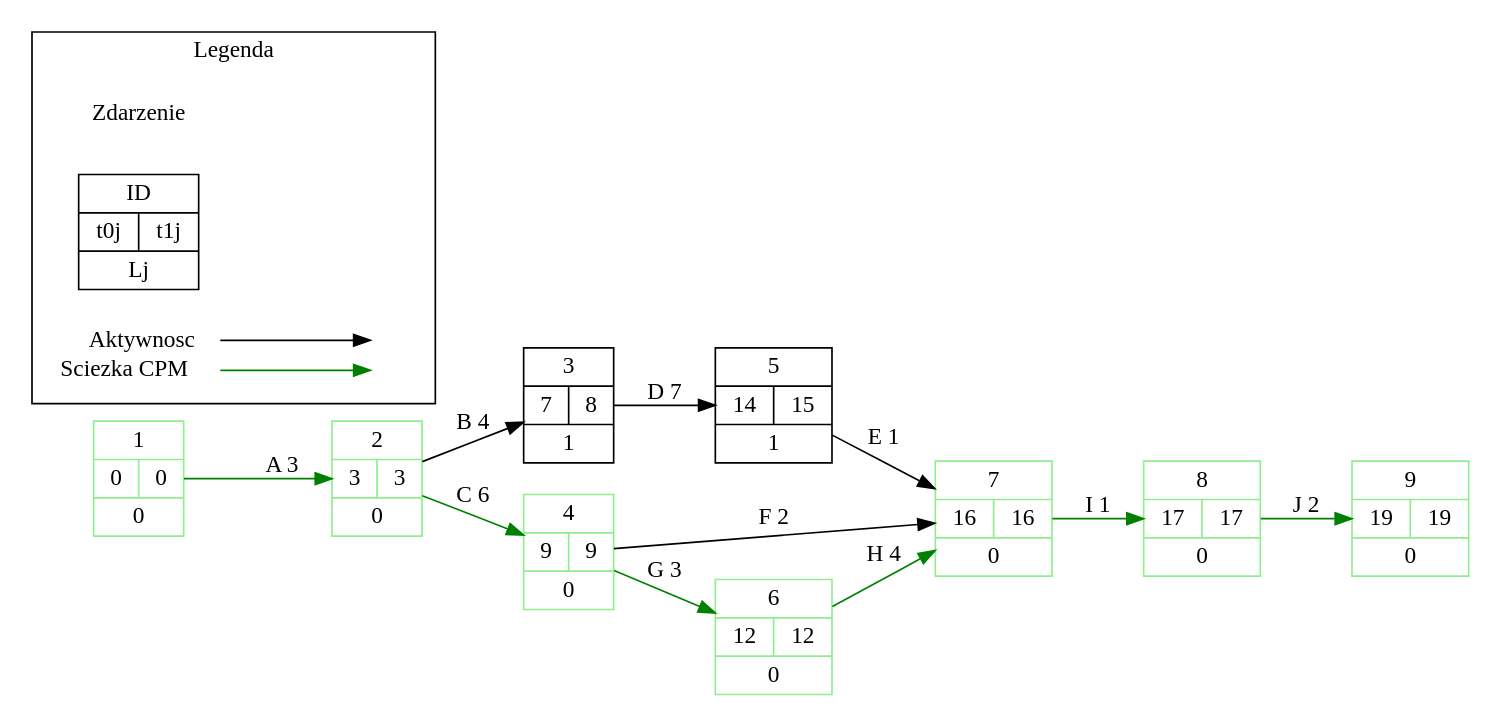
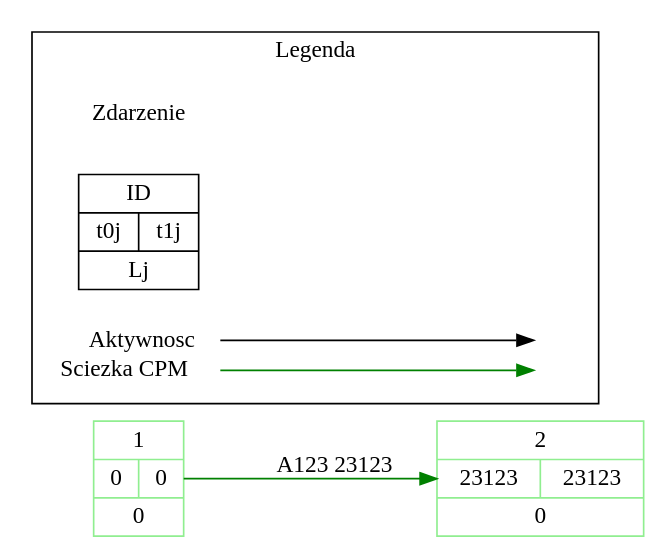
Before and after one commit to damczi17/boil: the diagram in graph.gv, drawn with Graphviz. The commit also changed 2 other files, not shown here.

```diff
--- a/graph.gv
+++ b/graph.gv
@@ -1,32 +1,21 @@
 digraph G { 
 rankdir="LR";
-struct1[shape=record,label="1|{0|0}| 0", color=lightgreen];struct1 -> struct2[color=green, label="A 3"];
-struct2[shape=record,label="2|{3|3}| 0", color=lightgreen];struct2 -> struct3[label="B 4"];
-struct2 -> struct4[color=green, label="C 6"];
-struct3[shape=record,label="3|{7|8}| 1"];
-struct3 -> struct5[label="D 7"];
-struct4[shape=record,label="4|{9|9}| 0", color=lightgreen];struct4 -> struct7[label="F 2"];
-struct4 -> struct6[color=green, label="G 3"];
-struct5[shape=record,label="5|{14|15}| 1"];
-struct5 -> struct7[label="E 1"];
-struct6[shape=record,label="6|{12|12}| 0", color=lightgreen];struct6 -> struct7[color=green, label="H 4"];
-struct7[shape=record,label="7|{16|16}| 0", color=lightgreen];struct7 -> struct8[color=green, label="I 1"];
-struct8[shape=record,label="8|{17|17}| 0", color=lightgreen];struct8 -> struct9[color=green, label="J 2"];
-struct9[shape=record,label="9|{19|19}| 0", color=lightgreen];node [shape=plaintext]
+struct1[shape=record,label="1|{0|0}| 0", color=lightgreen];struct1 -> struct2[color=green, label="A123 23123"];
+struct2[shape=record,label="2|{23123|23123}| 0", color=lightgreen];node [shape=plaintext]
 subgraph cluster_01 { 
 label = "Legenda";
 Zdarzenie
 struct [shape=record,label="ID|{t0j|t1j}| Lj"]
 key [label=<<table border="0" cellpadding="1" cellspacing="0" cellborder="0">
 <tr><td align="right" port="i1">Aktywnosc</td></tr>
 <tr><td align="right" port="i2">Sciezka CPM</td></tr>
 </table>>]key2 [label=<<table border="0" cellpadding="1" cellspacing="0" cellborder="0">
 <tr><td port="i1">&nbsp;</td></tr>
 <tr><td port="i2">&nbsp;</td></tr>
 </table>>]
 key:i1:e -> key2:i1:w
 key:i2:e -> key2:i2:w [color=green]
 
 struct [shape=record,label="ID|{t0j|t1j}|Lj"];
 }
 }
```
